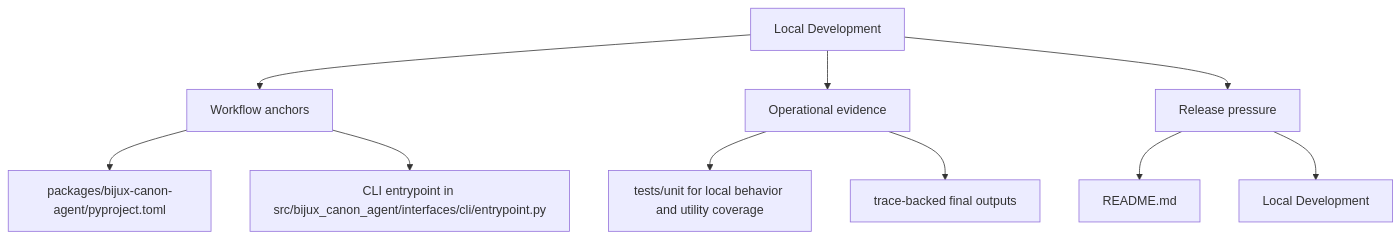
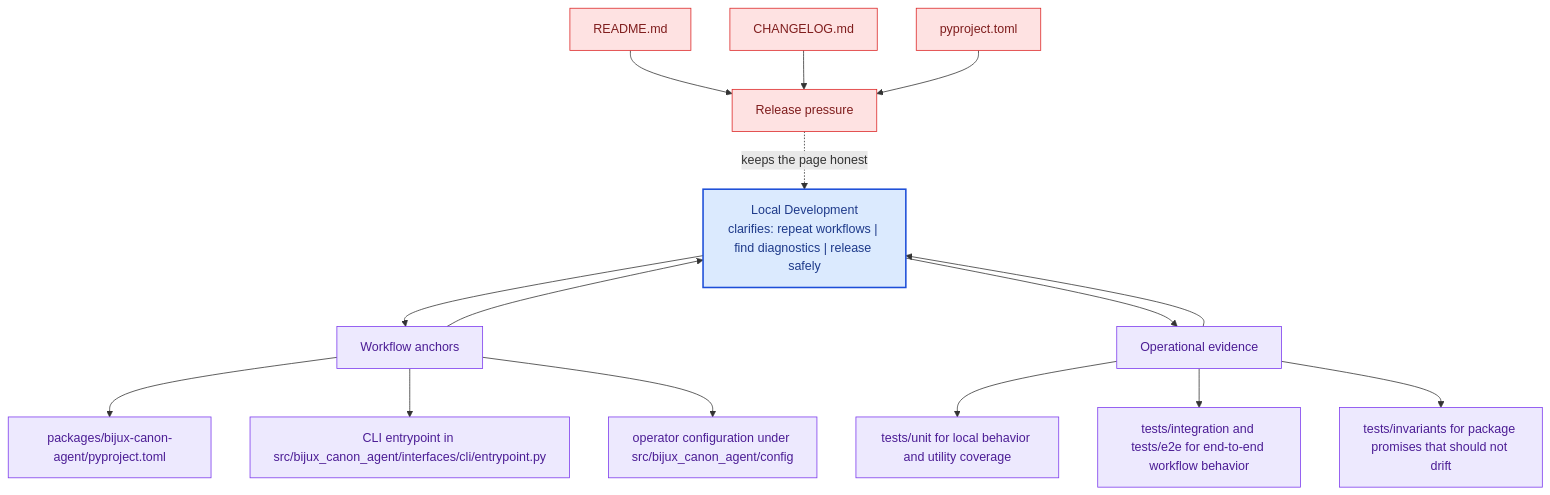
One commit to bijux/bijux-canon changed the second of 2 diagrams in docs/bijux-canon-agent/operations/local-development.md. Above: the diagram before and after it, drawn with Mermaid. The commit also changed other lines of this file and 281 other files, not shown here.

Commit message:
docs(diagrams): deepen handbook mermaid maps across the catalog

````diff
--- a/docs/bijux-canon-agent/operations/local-development.md
+++ b/docs/bijux-canon-agent/operations/local-development.md
@@ -35,22 +68,41 @@
 ```mermaid
-flowchart TD
-    page["Local Development"]
+flowchart TB
+    promise["Local Development<br/>clarifies: repeat workflows | find diagnostics | release safely"]
+    classDef promise fill:#dbeafe,stroke:#1d4ed8,color:#1e3a8a,stroke-width:2px;
+    classDef driver fill:#dcfce7,stroke:#16a34a,color:#14532d;
+    classDef constraint fill:#fee2e2,stroke:#dc2626,color:#7f1d1d;
+    classDef ground fill:#ede9fe,stroke:#7c3aed,color:#4c1d95;
     focus1["Workflow anchors"]
-    page --> focus1
+    focus1 --> promise
+    promise --> focus1
     focus1_1["packages/bijux-canon-agent/pyproject.toml"]
     focus1 --> focus1_1
     focus1_2["CLI entrypoint in src/bijux_canon_agent/interfaces/cli/entrypoint.py"]
     focus1 --> focus1_2
+    focus1_3["operator configuration under src/bijux_canon_agent/config"]
+    focus1 --> focus1_3
+    class focus1 ground;
+    class focus1_1,focus1_2,focus1_3 ground;
     focus2["Operational evidence"]
-    page --> focus2
+    focus2 --> promise
+    promise --> focus2
     focus2_1["tests/unit for local behavior and utility coverage"]
     focus2 --> focus2_1
-    focus2_2["trace-backed final outputs"]
+    focus2_2["tests/integration and tests/e2e for end-to-end workflow behavior"]
     focus2 --> focus2_2
+    focus2_3["tests/invariants for package promises that should not drift"]
+    focus2 --> focus2_3
+    class focus2 ground;
+    class focus2_1,focus2_2,focus2_3 ground;
     focus3["Release pressure"]
-    page --> focus3
+    focus3 -.keeps the page honest.-> promise
     focus3_1["README.md"]
-    focus3 --> focus3_1
-    focus3_2["Local Development"]
-    focus3 --> focus3_2
+    focus3_1 --> focus3
+    focus3_2["CHANGELOG.md"]
+    focus3_2 --> focus3
+    focus3_3["pyproject.toml"]
+    focus3_3 --> focus3
+    class focus3 constraint;
+    class focus3_1,focus3_2,focus3_3 constraint;
+    class promise promise;
 ```
````
